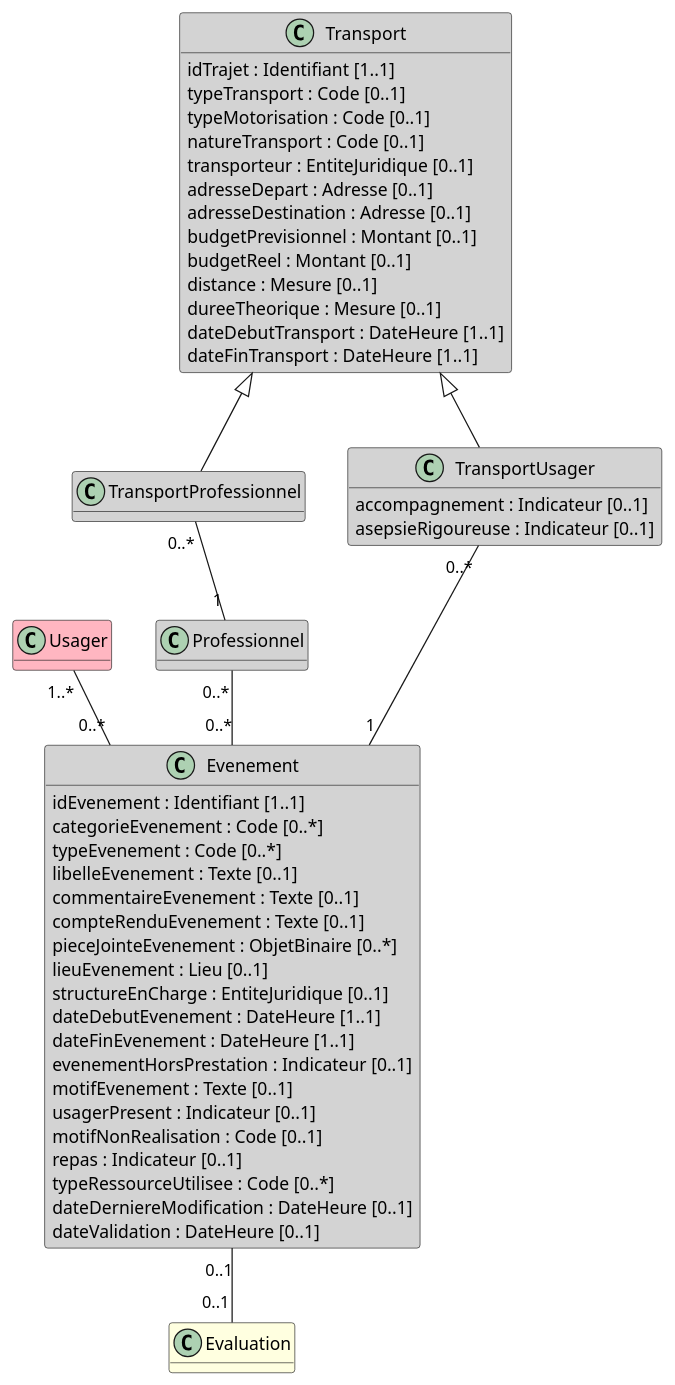
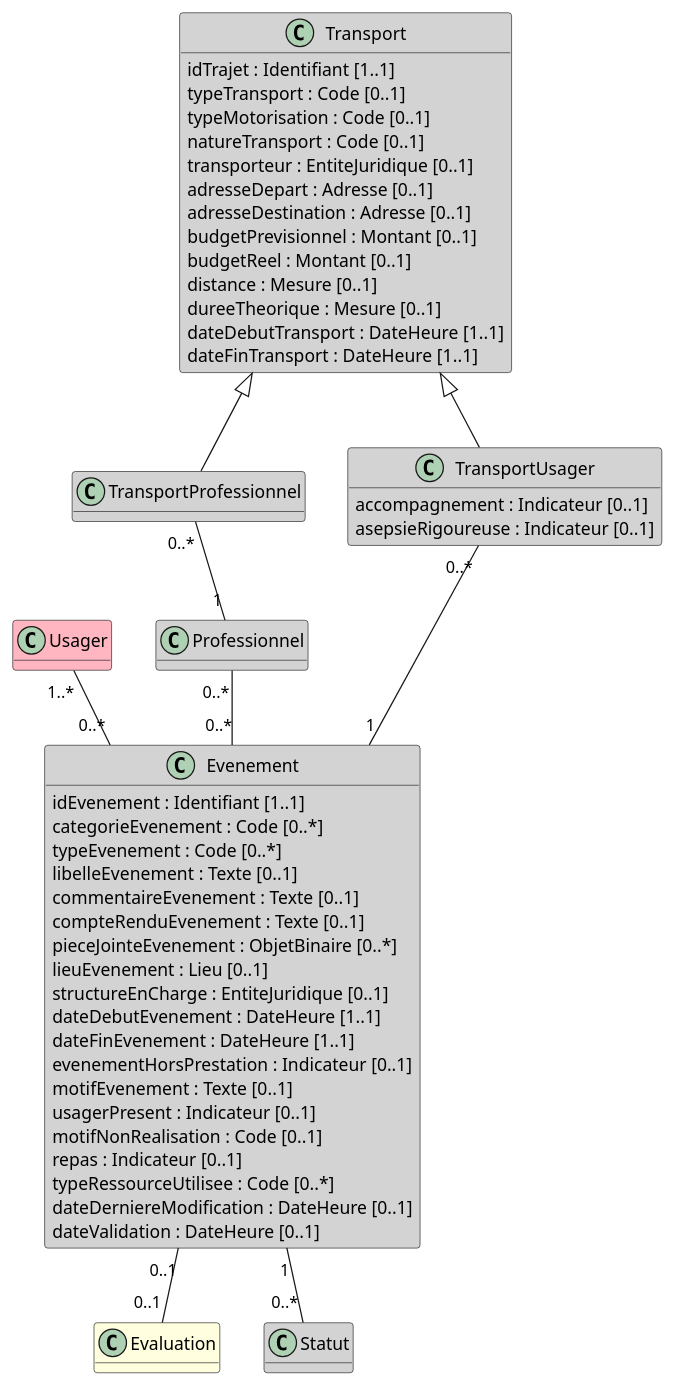
Before and after one commit to ansforge/IG-fhir-transfert-donnees-dui-esms: the diagram in input/images-source/bloc_evenement.plantuml, drawn with PlantUML. The commit also changed 2 other files, not shown here.

Commit message:
Issue 129 Statut

```diff
--- a/input/images-source/bloc_evenement.plantuml
+++ b/input/images-source/bloc_evenement.plantuml
@@ -1,65 +1,68 @@
 @startuml
 
 hide empty methods
 
 class Usager #LightPink
 
 class TransportProfessionnel #LightGray
 
 class Evaluation #LightYellow
 
 class Professionnel #LightGray 
+
+class Statut #LightGray 
 
 class Transport #LightGray {
     idTrajet : Identifiant [1..1]
     typeTransport : Code [0..1]
     typeMotorisation : Code [0..1]
     natureTransport : Code [0..1]
     transporteur : EntiteJuridique [0..1]
     adresseDepart : Adresse [0..1]
     adresseDestination : Adresse [0..1]
     budgetPrevisionnel : Montant [0..1]
     budgetReel : Montant [0..1]
     distance : Mesure [0..1]
     dureeTheorique : Mesure [0..1]
     dateDebutTransport : DateHeure [1..1]
     dateFinTransport : DateHeure [1..1]
 }
 
 class TransportUsager #LightGray {
     accompagnement : Indicateur [0..1]
     asepsieRigoureuse : Indicateur [0..1]
 }
 
 class Evenement #LightGray {
     idEvenement : Identifiant [1..1]
     categorieEvenement : Code [0..*]
     typeEvenement : Code [0..*]
     libelleEvenement : Texte [0..1]
     commentaireEvenement : Texte [0..1]
     compteRenduEvenement : Texte [0..1]
     pieceJointeEvenement : ObjetBinaire [0..*]
     lieuEvenement : Lieu [0..1]
     structureEnCharge : EntiteJuridique [0..1]
     dateDebutEvenement : DateHeure [1..1]
     dateFinEvenement : DateHeure [1..1]
     evenementHorsPrestation : Indicateur [0..1]
     motifEvenement : Texte [0..1]
     usagerPresent : Indicateur [0..1]
     motifNonRealisation : Code [0..1]
     repas : Indicateur [0..1]
     typeRessourceUtilisee : Code [0..*]
     dateDerniereModification : DateHeure [0..1]
     dateValidation : DateHeure [0..1]
 }
 
 Usager "1..*" -- "0..*" Evenement
 Professionnel "0..*" -- "0..*" Evenement
 Transport <|-- TransportProfessionnel
 Transport <|-- TransportUsager
 TransportUsager "0..*" -- "1" Evenement
 TransportProfessionnel "0..*" -- "1" Professionnel
 Evenement "0..1" -- "0..1" Evaluation
+Evenement "1" -- "0..*" Statut
 
 
 @enduml
```
